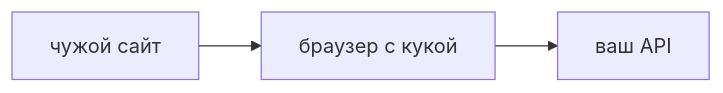
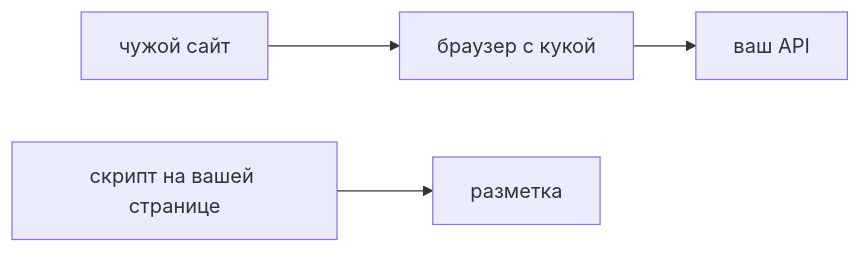
The diagram in nine-to-eighteen/ui/src/data/learn/security/sec08-csp-csrf.md (AlexanderNY/cursor_test), drawn with Mermaid before and after one commit. The commit also changed other lines of this file and 40 other files, not shown here.

````diff
--- a/nine-to-eighteen/ui/src/data/learn/security/sec08-csp-csrf.md
+++ b/nine-to-eighteen/ui/src/data/learn/security/sec08-csp-csrf.md
@@ -52,5 +104,6 @@
 ```mermaid
 flowchart LR
   Evil[чужой сайт] --> Browser[браузер с кукой]
   Browser --> API[ваш API]
+  XSS[скрипт на вашей странице] --> DOM[разметка]
 ```
````
